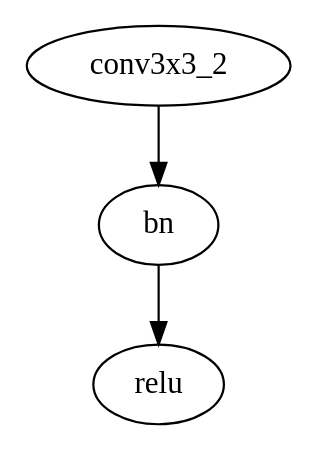
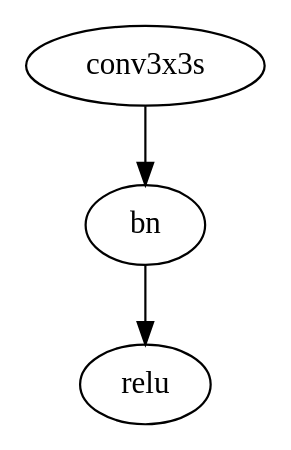
One commit to mike-holcomb/GGGFC changed the diagram in gggfc/grammar_files/blocksr_b.dot. Above: the diagram before and after it, drawn with Graphviz. The commit also changed 12 other files, not shown here.

```diff
--- a/gggfc/grammar_files/blocksr_b.dot
+++ b/gggfc/grammar_files/blocksr_b.dot
@@ -1,9 +1,9 @@
 digraph blocksr_b {
-    conv3x3_2 [op_type="conv3x3_2",
+    conv3x3s [op_type="conv3x3s",
            input=yes];
-    bn [op_type="conv3x3_2"];
+    bn [op_type="batch_norm"];
     relu [op_type="relu",
            output=yes];
 
-    conv3x3_2 -> bn -> relu
+    conv3x3s -> bn -> relu
 }
```
